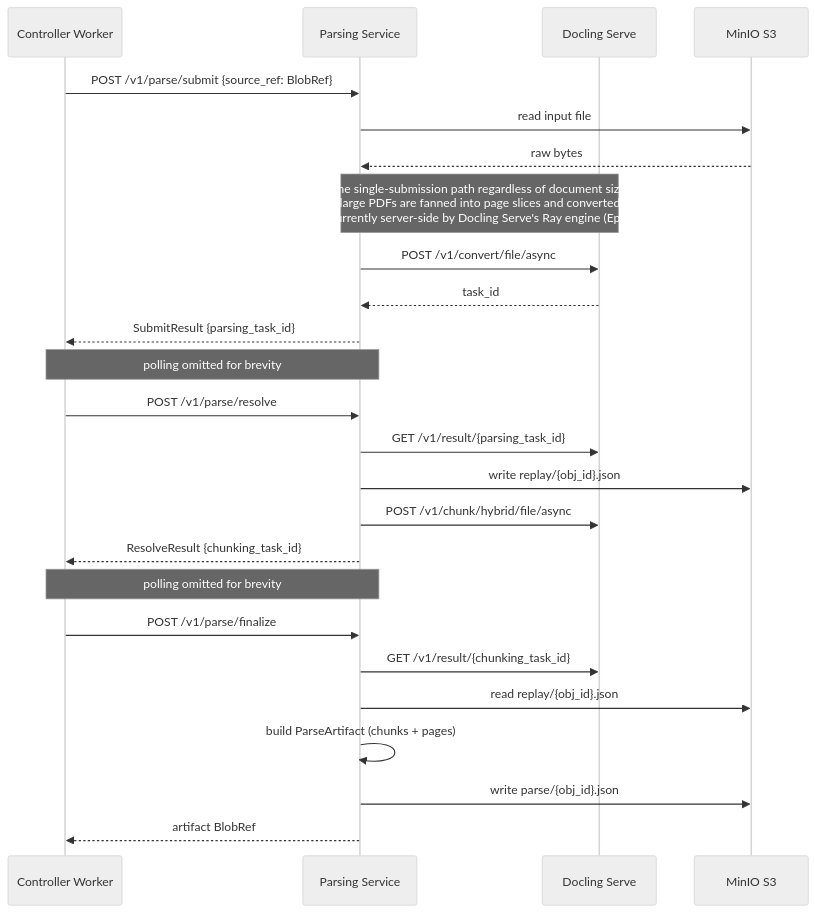
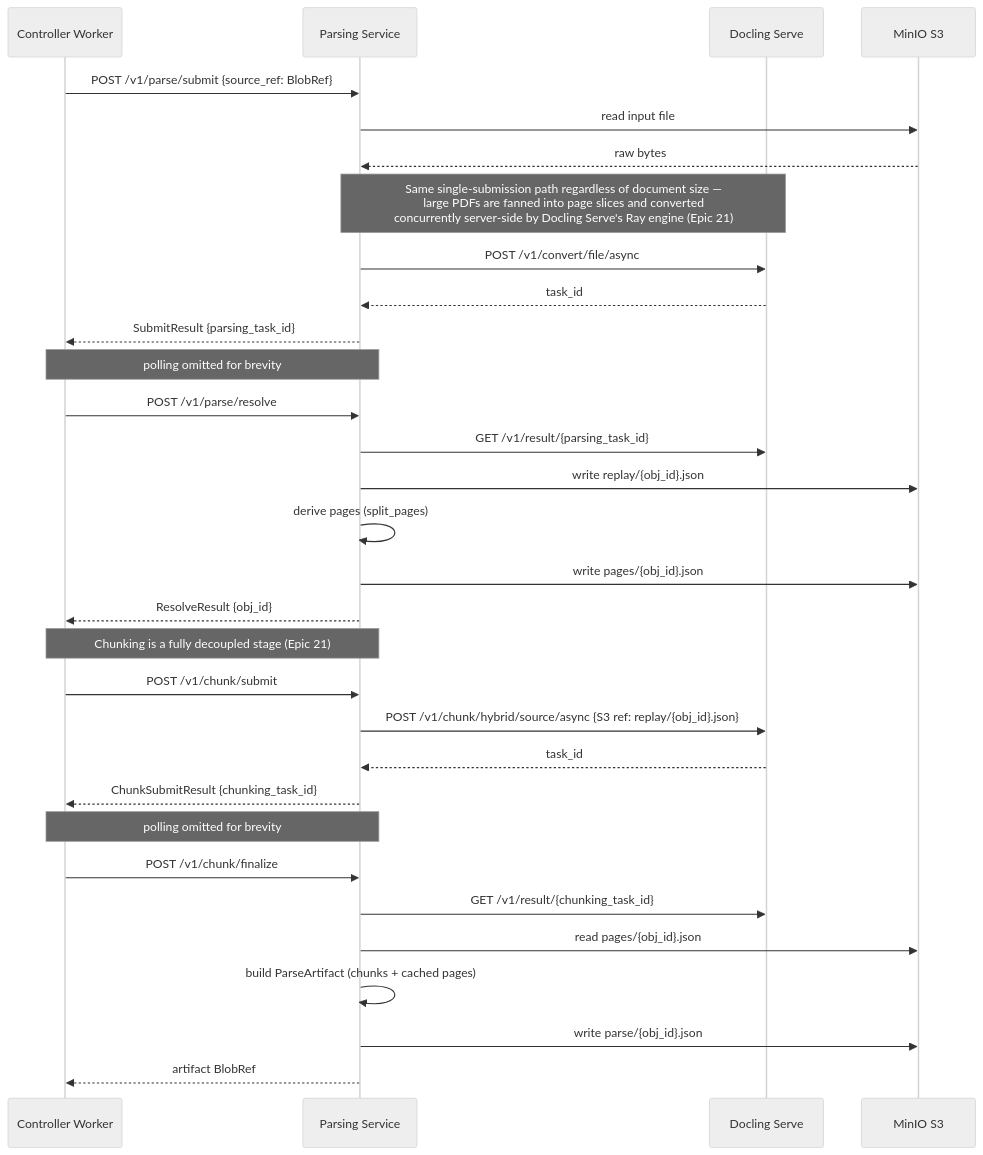
Before and after one commit to k-sparrow/artemis: the third of 4 diagrams in docs/architecture/ingestion-subsystem.md, drawn with Mermaid (neutral theme). The commit also changed other lines of this file and 17 other files, not shown here.

````diff
--- a/docs/architecture/ingestion-subsystem.md
+++ b/docs/architecture/ingestion-subsystem.md
@@ -152,32 +158,40 @@
 ```mermaid
 sequenceDiagram
     participant CW as Controller Worker
     participant PS as Parsing Service
     participant Docling as Docling Serve
     participant S3 as MinIO S3
 
     CW->>PS: POST /v1/parse/submit {source_ref: BlobRef}
     PS->>S3: read input file
     S3-->>PS: raw bytes
     note over PS,Docling: Same single-submission path regardless of document size —<br/>large PDFs are fanned into page slices and converted<br/>concurrently server-side by Docling Serve's Ray engine (Epic 21)
     PS->>Docling: POST /v1/convert/file/async
     Docling-->>PS: task_id
     PS-->>CW: SubmitResult {parsing_task_id}
 
     note over CW,PS: polling omitted for brevity
 
     CW->>PS: POST /v1/parse/resolve
     PS->>Docling: GET /v1/result/{parsing_task_id}
     PS->>S3: write replay/{obj_id}.json
-    PS->>Docling: POST /v1/chunk/hybrid/file/async
-    PS-->>CW: ResolveResult {chunking_task_id}
+    PS->>PS: derive pages (split_pages)
+    PS->>S3: write pages/{obj_id}.json
+    PS-->>CW: ResolveResult {obj_id}
+
+    note over CW,PS: Chunking is a fully decoupled stage (Epic 21)
+
+    CW->>PS: POST /v1/chunk/submit
+    PS->>Docling: POST /v1/chunk/hybrid/source/async {S3 ref: replay/{obj_id}.json}
+    Docling-->>PS: task_id
+    PS-->>CW: ChunkSubmitResult {chunking_task_id}
 
     note over CW,PS: polling omitted for brevity
 
-    CW->>PS: POST /v1/parse/finalize
+    CW->>PS: POST /v1/chunk/finalize
     PS->>Docling: GET /v1/result/{chunking_task_id}
-    PS->>S3: read replay/{obj_id}.json
-    PS->>PS: build ParseArtifact (chunks + pages)
+    PS->>S3: read pages/{obj_id}.json
+    PS->>PS: build ParseArtifact (chunks + cached pages)
     PS->>S3: write parse/{obj_id}.json
     PS-->>CW: artifact BlobRef
 ```
````
